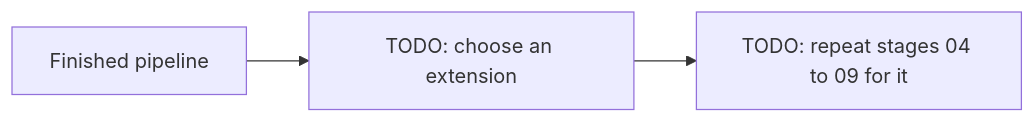
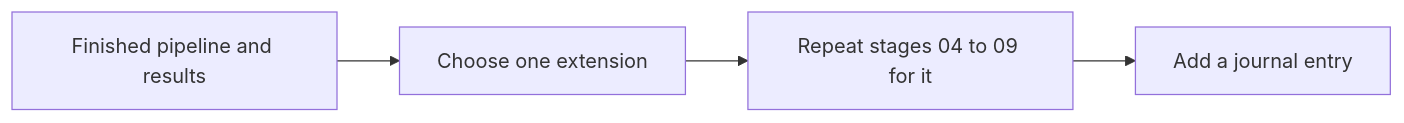
The diagram in docs/stage-10-extensions/README.md (preetik92002-tech/llm-finetune-cyber), drawn with Mermaid before and after one commit. The commit also changed other lines of this file and 33 other files, not shown here.

Commit message:
docs: add root README, journal and errors-and-fixes log add metrics ledger and stage READMEs feat(docs): generate charts from stats files

````diff
--- a/docs/stage-10-extensions/README.md
+++ b/docs/stage-10-extensions/README.md
@@ -18,5 +21,6 @@
 ```mermaid
 flowchart LR
-    A["Finished pipeline"] --> B["TODO: choose an extension"]
-    B --> C["TODO: repeat stages 04 to 09 for it"]
+    A["Finished pipeline and results"] --> B["Choose one extension"]
+    B --> C["Repeat stages 04 to 09 for it"]
+    C --> D["Add a journal entry"]
 ```
````
